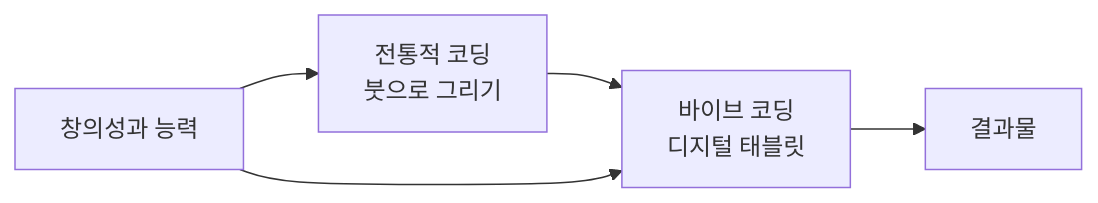
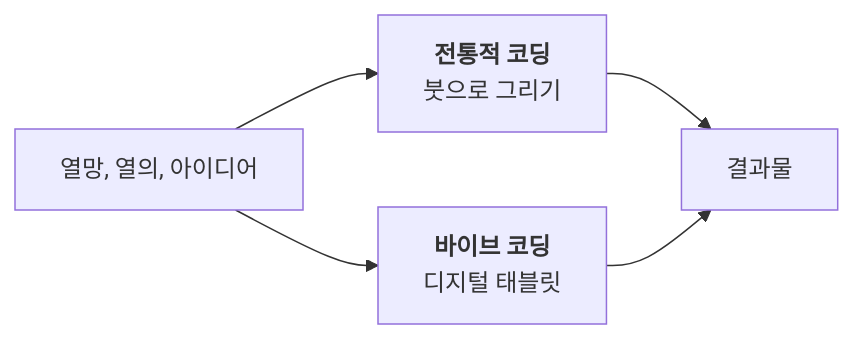
The fourth of 4 diagrams in _md/essentials-vibecoding/chapter01/01-5.md (nugurejeil/weniVooks), drawn with Mermaid before and after one commit. The commit also changed other lines of this file, not shown here.

````diff
--- a/_md/essentials-vibecoding/chapter01/01-5.md
+++ b/_md/essentials-vibecoding/chapter01/01-5.md
@@ -120,7 +107,7 @@
 ```mermaid
 flowchart LR
-    A["전통적 코딩<br/>붓으로 그리기"] --> B["바이브 코딩<br/>디지털 태블릿"]
-    B --> C["결과물"]
-    D["창의성과 능력"] --> A
+    D["열망, 열의, 아이디어"] --> A
     D --> B
+    A["<strong>전통적 코딩</strong><br/>붓으로 그리기"] --> C["결과물"]
+    B["<strong>바이브 코딩</strong><br/>디지털 태블릿"] --> C
 ```
````
